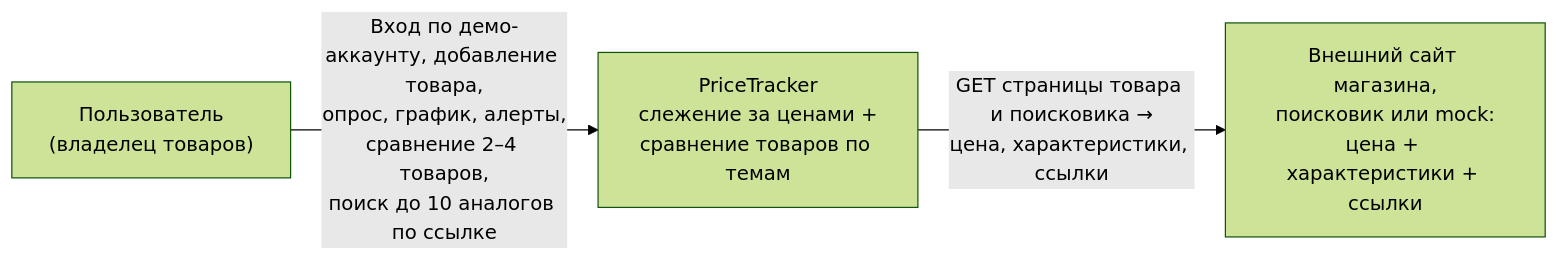
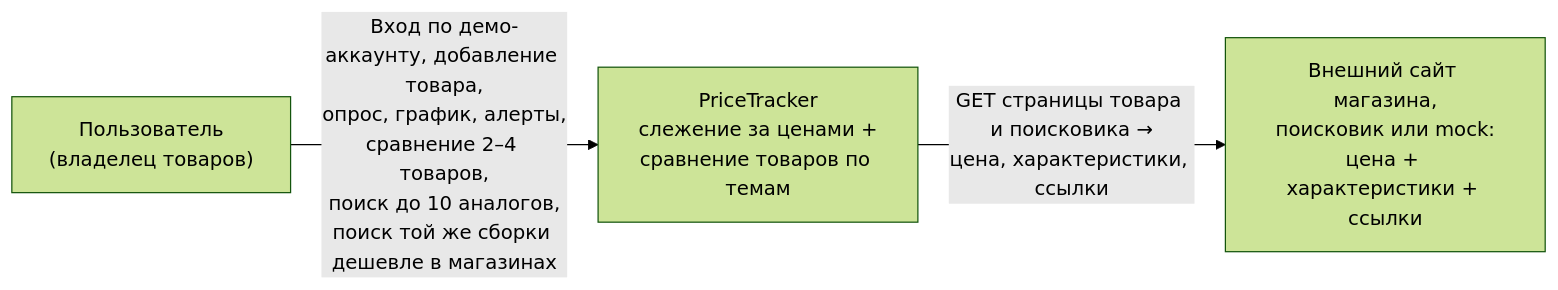
Before and after one commit to brawlat12344-ops/pricetracker: the first of 4 diagrams in docs/c4.md, drawn with Mermaid (forest theme). The commit also changed other lines of this file and 19 other files, not shown here.

````diff
--- a/docs/c4.md
+++ b/docs/c4.md
@@ -10,9 +10,9 @@
 ```mermaid
 flowchart LR
     U["Пользователь<br/>(владелец товаров)"]
     PT["PriceTracker<br/>слежение за ценами +<br/>сравнение товаров по темам"]
     EXT["Внешний сайт магазина,<br/>поисковик или mock:<br/>цена + характеристики + ссылки"]
 
-    U -->|"Вход по демо-аккаунту, добавление товара,<br/>опрос, график, алерты,<br/>сравнение 2–4 товаров,<br/>поиск до 10 аналогов по ссылке"| PT
+    U -->|"Вход по демо-аккаунту, добавление товара,<br/>опрос, график, алерты,<br/>сравнение 2–4 товаров,<br/>поиск до 10 аналогов,<br/>поиск той же сборки дешевле в магазинах"| PT
     PT -->|"GET страницы товара и поисковика →<br/>цена, характеристики, ссылки"| EXT
 ```
````
